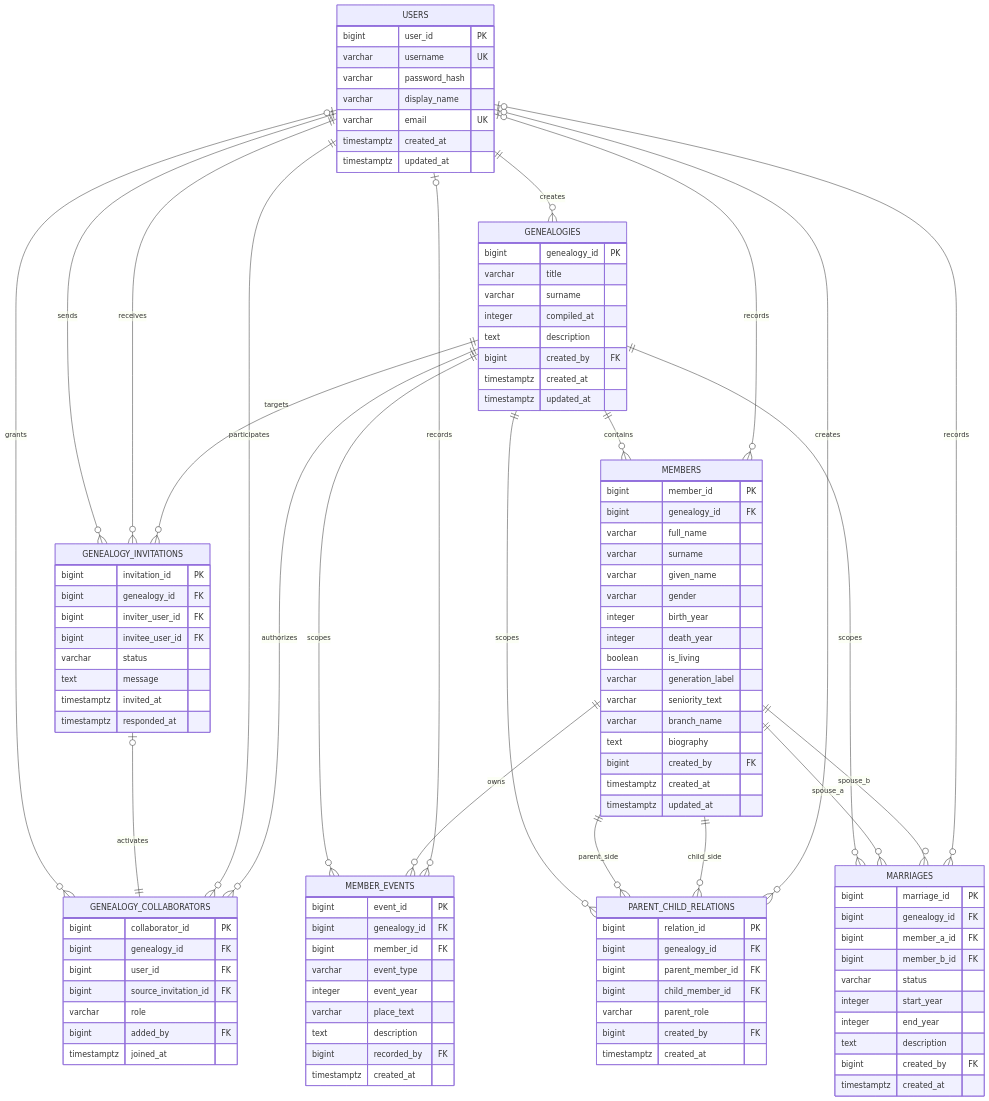
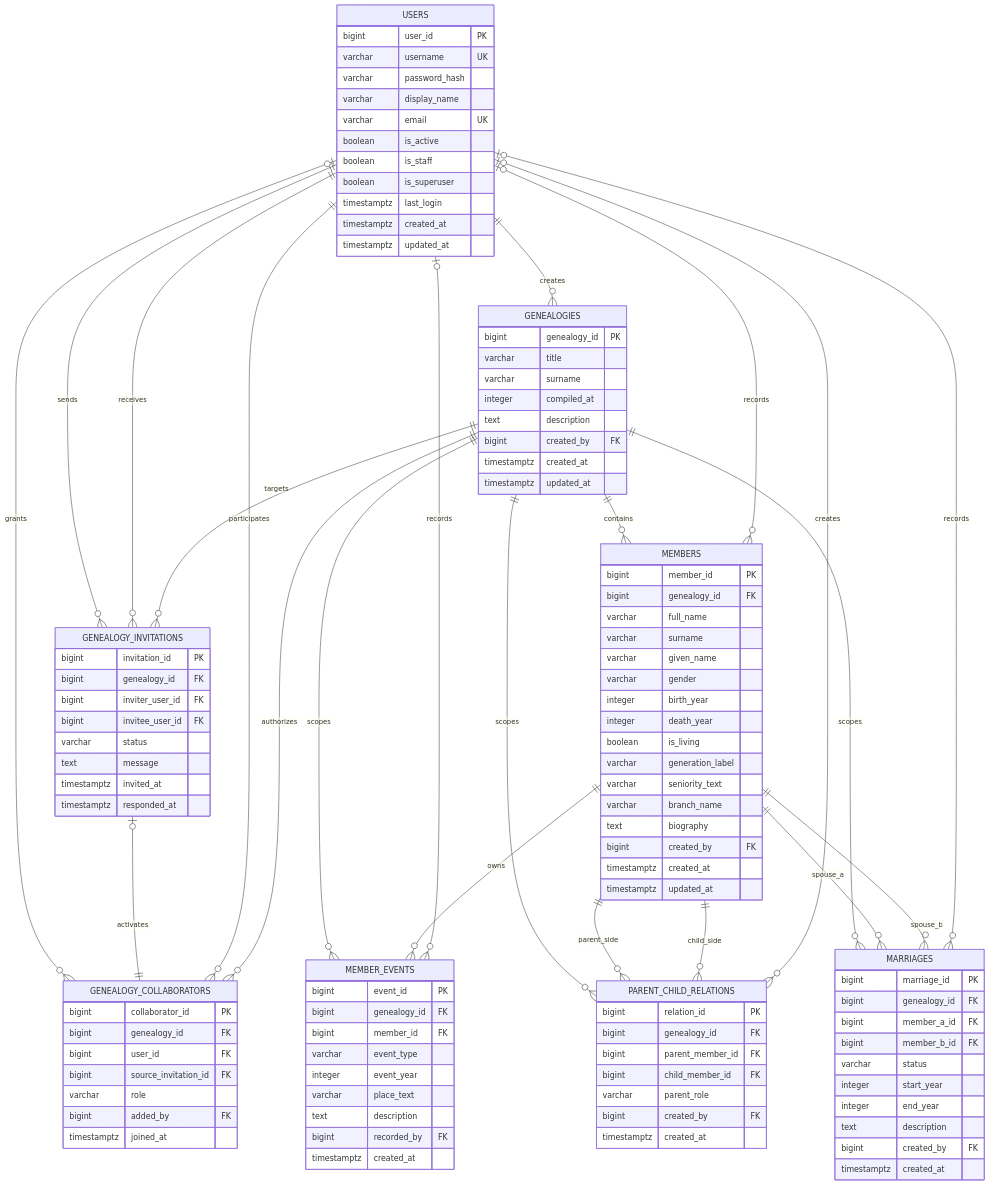
The diagram in docs/er-diagram.mmd (gggchang4/WHU-CSLab-DB-Genealogy), drawn with Mermaid before and after one commit. The commit also changed 12 other files, not shown here.

Commit message:
Integrate custom Django auth and align migrations with PostgreSQL schema

```diff
--- a/docs/er-diagram.mmd
+++ b/docs/er-diagram.mmd
@@ -1,118 +1,122 @@
 erDiagram
     USERS ||--o{ GENEALOGIES : creates
     USERS ||--o{ GENEALOGY_INVITATIONS : sends
     USERS ||--o{ GENEALOGY_INVITATIONS : receives
     USERS o|--o{ GENEALOGY_COLLABORATORS : grants
     GENEALOGY_INVITATIONS o|--|| GENEALOGY_COLLABORATORS : activates
     GENEALOGIES ||--o{ GENEALOGY_INVITATIONS : targets
     USERS ||--o{ GENEALOGY_COLLABORATORS : participates
     GENEALOGIES ||--o{ GENEALOGY_COLLABORATORS : authorizes
     GENEALOGIES ||--o{ MEMBERS : contains
     USERS o|--o{ MEMBERS : records
     GENEALOGIES ||--o{ MEMBER_EVENTS : scopes
     MEMBERS ||--o{ MEMBER_EVENTS : owns
     USERS o|--o{ MEMBER_EVENTS : records
     GENEALOGIES ||--o{ PARENT_CHILD_RELATIONS : scopes
     MEMBERS ||--o{ PARENT_CHILD_RELATIONS : parent_side
     MEMBERS ||--o{ PARENT_CHILD_RELATIONS : child_side
     USERS o|--o{ PARENT_CHILD_RELATIONS : creates
     GENEALOGIES ||--o{ MARRIAGES : scopes
     MEMBERS ||--o{ MARRIAGES : spouse_a
     MEMBERS ||--o{ MARRIAGES : spouse_b
     USERS o|--o{ MARRIAGES : records
 
     USERS {
         bigint user_id PK
         varchar username UK
         varchar password_hash
         varchar display_name
         varchar email UK
+        boolean is_active
+        boolean is_staff
+        boolean is_superuser
+        timestamptz last_login
         timestamptz created_at
         timestamptz updated_at
     }
 
     GENEALOGIES {
         bigint genealogy_id PK
         varchar title
         varchar surname
         integer compiled_at
         text description
         bigint created_by FK
         timestamptz created_at
         timestamptz updated_at
     }
 
     GENEALOGY_INVITATIONS {
         bigint invitation_id PK
         bigint genealogy_id FK
         bigint inviter_user_id FK
         bigint invitee_user_id FK
         varchar status
         text message
         timestamptz invited_at
         timestamptz responded_at
     }
 
     GENEALOGY_COLLABORATORS {
         bigint collaborator_id PK
         bigint genealogy_id FK
         bigint user_id FK
         bigint source_invitation_id FK
         varchar role
         bigint added_by FK
         timestamptz joined_at
     }
 
     MEMBERS {
         bigint member_id PK
         bigint genealogy_id FK
         varchar full_name
         varchar surname
         varchar given_name
         varchar gender
         integer birth_year
         integer death_year
         boolean is_living
         varchar generation_label
         varchar seniority_text
         varchar branch_name
         text biography
         bigint created_by FK
         timestamptz created_at
         timestamptz updated_at
     }
 
     MEMBER_EVENTS {
         bigint event_id PK
         bigint genealogy_id FK
         bigint member_id FK
         varchar event_type
         integer event_year
         varchar place_text
         text description
         bigint recorded_by FK
         timestamptz created_at
     }
 
     PARENT_CHILD_RELATIONS {
         bigint relation_id PK
         bigint genealogy_id FK
         bigint parent_member_id FK
         bigint child_member_id FK
         varchar parent_role
         bigint created_by FK
         timestamptz created_at
     }
 
     MARRIAGES {
         bigint marriage_id PK
         bigint genealogy_id FK
         bigint member_a_id FK
         bigint member_b_id FK
         varchar status
         integer start_year
         integer end_year
         text description
         bigint created_by FK
         timestamptz created_at
     }
```
